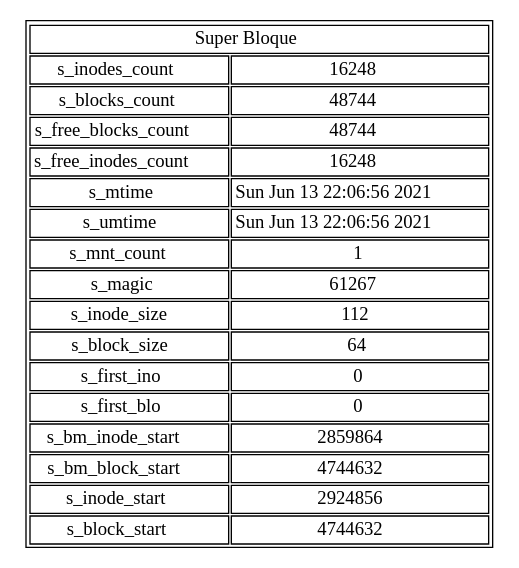
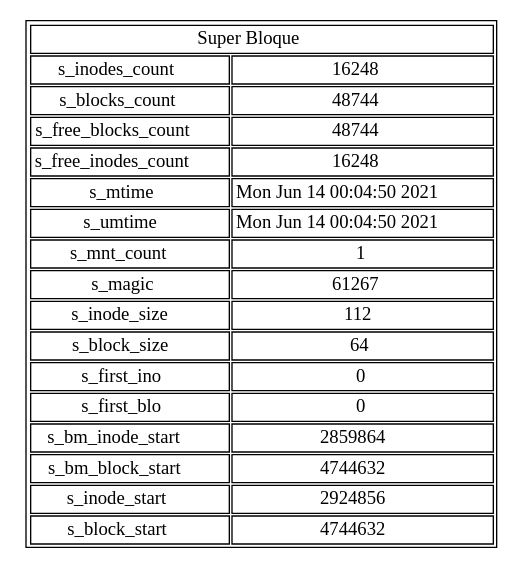
One commit to Audrie8a/MIA_P1_201801263 changed the diagram in sb.dot. Above: the diagram before and after it, drawn with Graphviz. The commit also changed 3 other files, not shown here.

```diff
--- a/sb.dot
+++ b/sb.dot
@@ -1,75 +1,75 @@
 digraph g{
 	     nodo [ shape=plaintext label=<
 	 	        <table border='1' cellborder='1'>
 	 	 	            <tr>
 	 	 	 	               <td colspan="2" >Super Bloque</td>
 	 	 	            </tr>
 	 	 	            <tr>
 	 	 	 	               <td>s_inodes_count</td>
 	 	 	 	               <td>16248</td>
 	 	 	            </tr>
 	 	 	            <tr>
 	 	 	 	               <td>s_blocks_count</td>
 	 	 	 	               <td>48744</td>
 	 	 	            </tr>
 	 	 	            <tr>
 	 	 	 	               <td>s_free_blocks_count</td>
 	 	 	 	               <td>48744</td>
 	 	 	            </tr>
 	 	 	            <tr>
 	 	 	 	                <td>s_free_inodes_count</td>
 	 	 	 	                <td>16248</td>
 	 	 	            </tr>
 	 	 	            <tr>
 	 	 	 	                <td>s_mtime</td>
-	 	 	 	                <td>Sun Jun 13 22:06:56 2021
+	 	 	 	                <td>Mon Jun 14 00:04:50 2021
 </td>
 	 	 	            </tr>
 	 	 	            <tr>
 	 	 	 	                <td>s_umtime</td>
-	 	 	 	                <td>Sun Jun 13 22:06:56 2021
+	 	 	 	                <td>Mon Jun 14 00:04:50 2021
 </td>
 	 	 	            </tr>
 	 	 	            <tr>
 	 	 	 	                <td>s_mnt_count</td>
 	 	 	 	                <td>1</td>
 	 	 	            </tr>
 	 	 	            <tr>
 	 	 	 	                <td>s_magic</td>
 	 	 	 	                <td>61267</td>
 	 	 	            </tr>
 	 	 	            <tr>
 	 	 	 	                <td>s_inode_size</td>
 	 	 	 	                <td>112</td>
 	 	 	            </tr>
 	 	 	            <tr>
 	 	 	 	                <td>s_block_size</td>
 	 	 	 	                <td>64</td>
 	 	 	            </tr>
 	 	 	            <tr>
 	 	 	 	                <td>s_first_ino</td>
 	 	 	 	                <td>0</td>
 	 	 	            </tr>
 	 	 	            <tr>
 	 	 	 	                <td>s_first_blo</td>
 	 	 	 	                <td>0</td>
 	 	 	            </tr>
 	 	 	            <tr>
 	 	 	 	                <td>s_bm_inode_start</td>
 	 	 	 	                <td>2859864</td>
 	 	 	            </tr>
 	 	 	            <tr>
 	 	 	 	                <td>s_bm_block_start</td>
 	 	 	 	                <td>4744632</td>
 	 	 	            </tr>
 	 	 	            <tr>
 	 	 	 	                <td>s_inode_start</td>
 	 	 	 	                <td>2924856</td>
 	 	 	            </tr>
 	 	 	            <tr>
 	 	 	 	                <td>s_block_start</td>
 	 	 	 	                <td>4744632</td>
 	 	 	            </tr>
 	 	        </table>
 	     >];
 }
```
